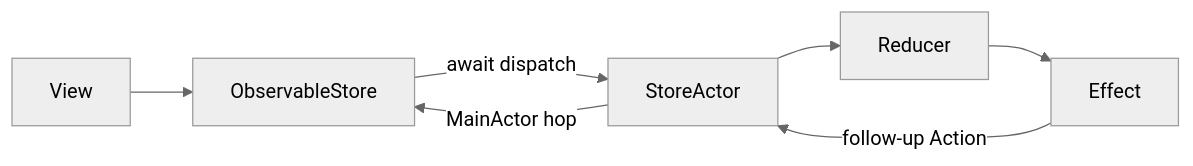
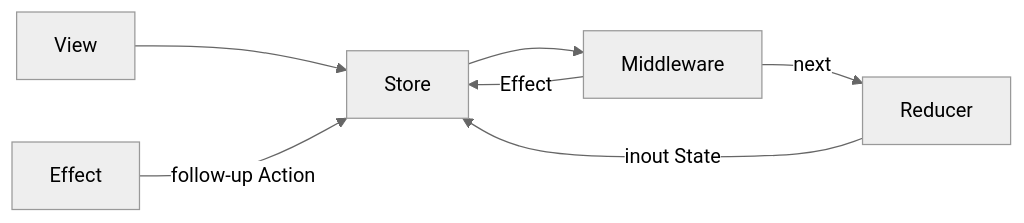
The diagram in README.md (tangzzz-fan/TGReduxKit), drawn with Mermaid (neutral theme) before and after one commit. The commit also changed other lines of this file and 37 other files, not shown here.

First line of the commit message:
docs: align all guides to 5.0 audited architecture

````diff
--- a/README.md
+++ b/README.md
@@ -11,9 +11,9 @@
 ```mermaid
 flowchart LR
-  View --> ObservableStore
-  ObservableStore -->|await dispatch| StoreActor
-  StoreActor --> Reducer
-  Reducer --> Effect
-  Effect -->|follow-up Action| StoreActor
-  StoreActor -->|MainActor hop| ObservableStore
+  View --> Store
+  Store --> Middleware
+  Middleware -->|Effect| Store
+  Middleware -->|next| Reducer
+  Reducer -->|inout State| Store
+  Effect -->|follow-up Action| Store
 ```
````
